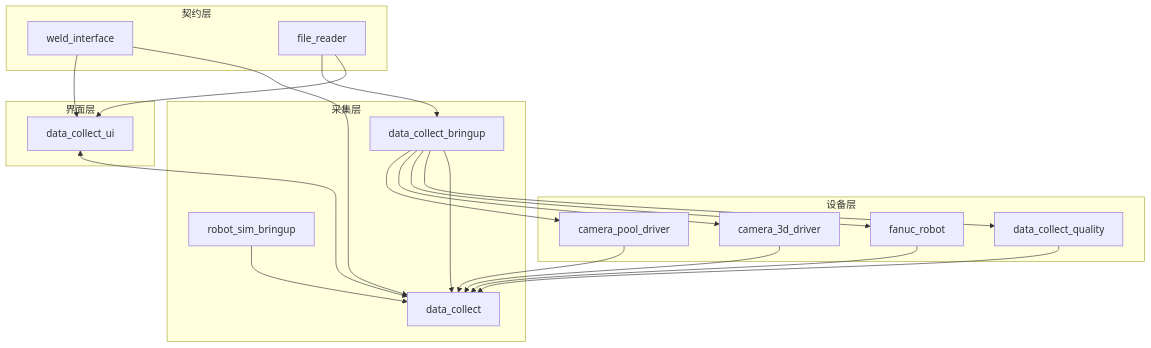
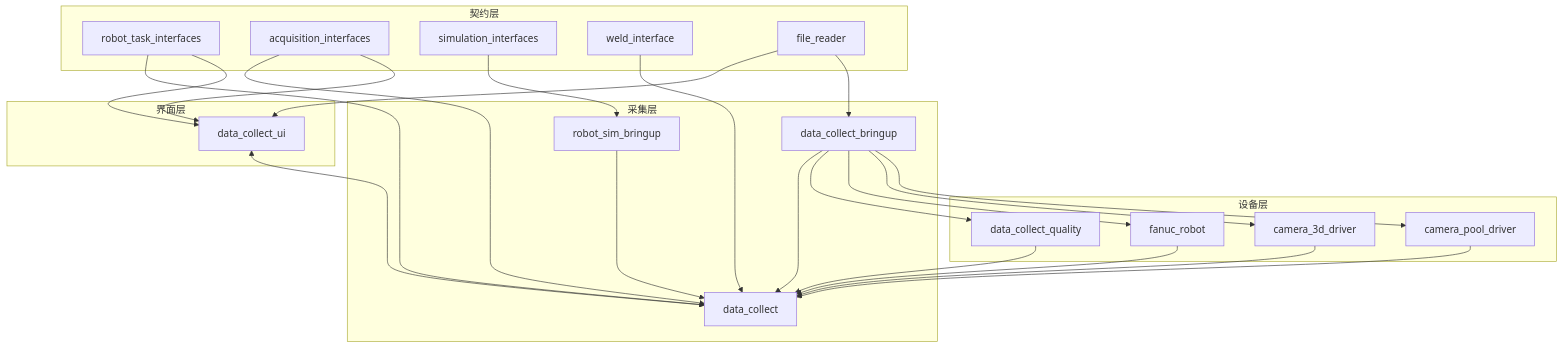
Before and after one commit to MzKyle/Robot-Sim: the diagram in docs/architecture/README.md, drawn with Mermaid. The commit also changed other lines of this file and 83 other files, not shown here.

````diff
--- a/docs/architecture/README.md
+++ b/docs/architecture/README.md
@@ -9,40 +9,47 @@
 ```mermaid
 flowchart TB
     subgraph Layer1[设备层]
         C2D[camera_pool_driver]
         C3D[camera_3d_driver]
         FANUC[fanuc_robot]
         QUALITY[data_collect_quality]
     end
 
     subgraph Layer2[采集层]
         COLLECT[data_collect]
         BRINGUP[data_collect_bringup]
         SIM[robot_sim_bringup]
     end
 
     subgraph Layer3[界面层]
         UI[data_collect_ui]
     end
 
     subgraph Layer4[契约层]
-        IFACE[weld_interface]
+        TASK[robot_task_interfaces]
+        ACQ[acquisition_interfaces]
+        SIMIF[simulation_interfaces]
+        WELD[weld_interface]
         FILE[file_reader]
     end
 
     BRINGUP --> C2D
     BRINGUP --> C3D
     BRINGUP --> FANUC
     BRINGUP --> QUALITY
     BRINGUP --> COLLECT
     SIM --> COLLECT
-    IFACE --> UI
-    IFACE --> COLLECT
+    TASK --> UI
+    TASK --> COLLECT
+    ACQ --> UI
+    ACQ --> COLLECT
+    SIMIF --> SIM
+    WELD --> COLLECT
     FILE --> BRINGUP
     FILE --> UI
     C2D --> COLLECT
     C3D --> COLLECT
     FANUC --> COLLECT
     QUALITY --> COLLECT
     UI <--> COLLECT
 ```
````
